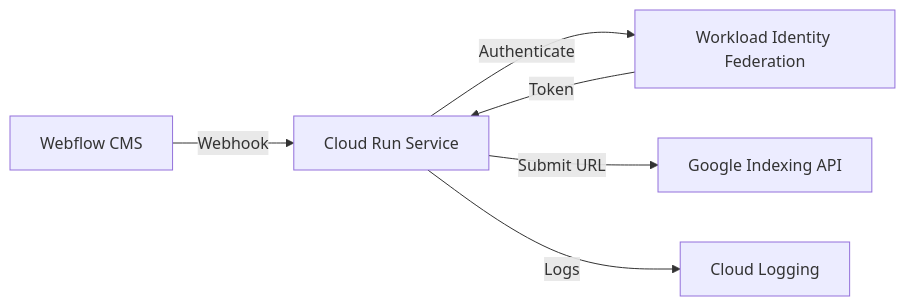
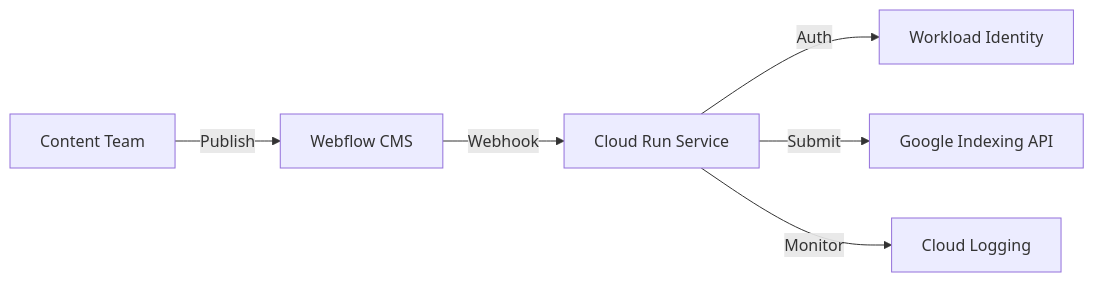
The first of 2 diagrams in README.md (jonnyvpc/google-indexing-automation), drawn with Mermaid before and after one commit. The commit also changed other lines of this file and 3 other files, not shown here.

````diff
--- a/README.md
+++ b/README.md
@@ -15,8 +25,8 @@
 ```mermaid
 graph LR
-    A[Webflow CMS] -->|Webhook| B[Cloud Run Service]
-    B -->|Authenticate| C[Workload Identity Federation]
-    C -->|Token| B
-    B -->|Submit URL| D[Google Indexing API]
-    B -->|Logs| E[Cloud Logging]
+    A[Content Team] -->|Publish| B[Webflow CMS]
+    B -->|Webhook| C[Cloud Run Service]
+    C -->|Auth| D[Workload Identity]
+    C -->|Submit| E[Google Indexing API]
+    C -->|Monitor| F[Cloud Logging]
 ```
````
